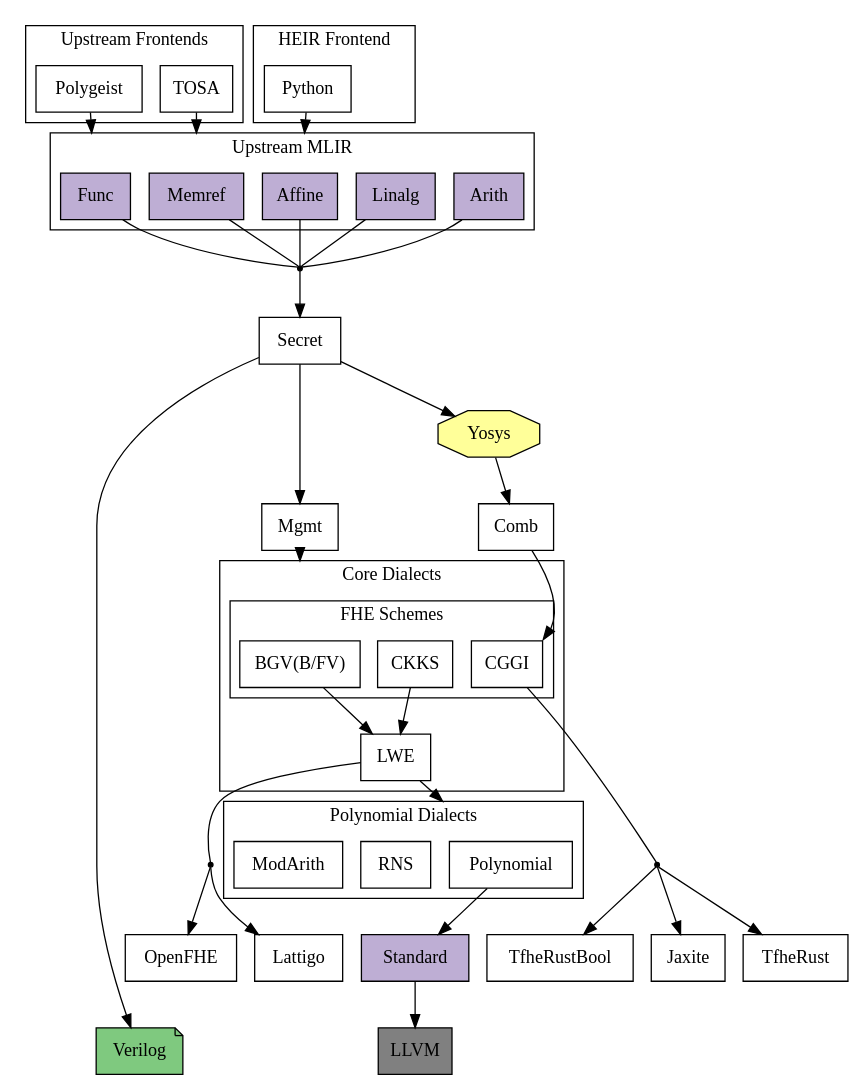
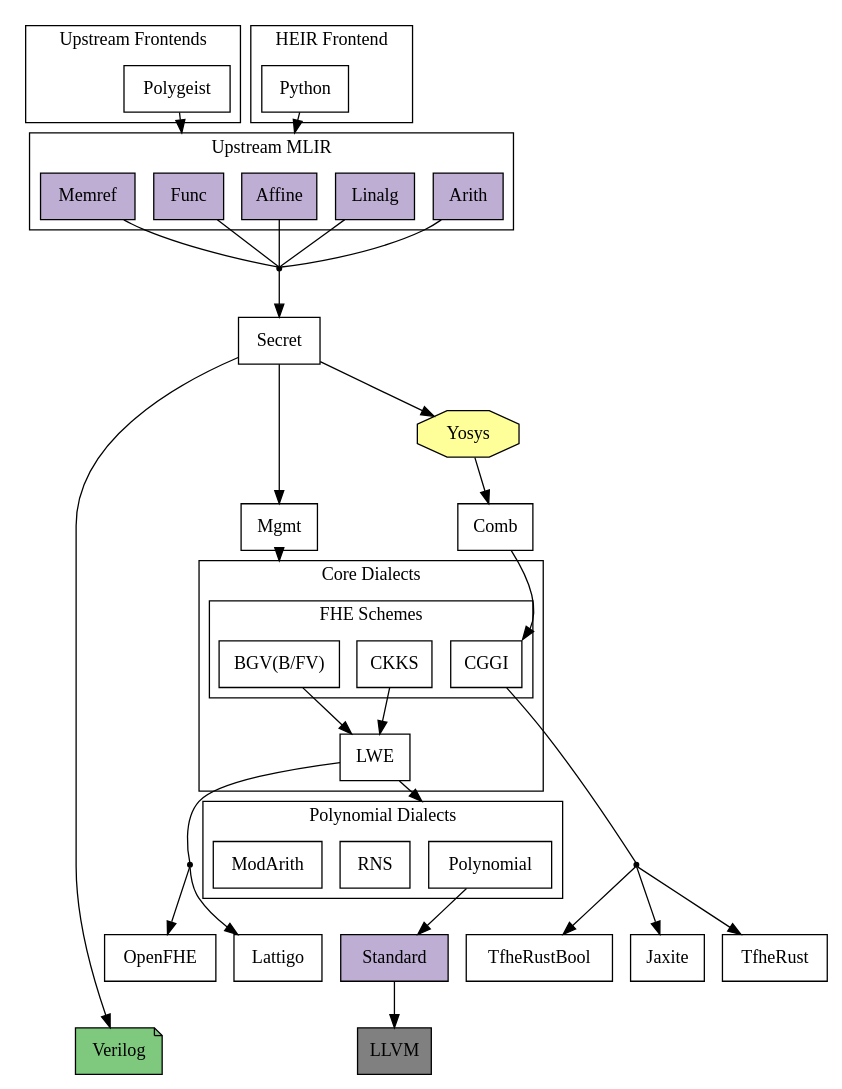
Before and after one commit to google/heir: the diagram in docs/static/dialects.dot, drawn with Graphviz. The commit also changed 29 other files, not shown here.

```diff
--- a/docs/static/dialects.dot
+++ b/docs/static/dialects.dot
@@ -1,114 +1,112 @@
 digraph G {
     // Note: Remember to run `dot -Tsvg dialects.dot > images/dialects.svg` after
     // modifying this file to regenerate the .svg render of the graph.
     rankdir = TB // Top to bottom graph layout
     splines = spline // Curved edges
     node [shape=box, style=filled fillcolor="white"]
     nodesep=0.2 // horizontal compression
     ranksep=0.5 // vertical compression
     compound=true
 
     subgraph cluster_inputs {
         label = "Upstream Frontends"
         Polygeist
-        TOSA
     }
 
     subgraph cluster_heir_inputs {
         label = "HEIR Frontend"
         Python
     }
 
     // MLIR dialects
     subgraph cluster_mlir {
         label = "Upstream MLIR"
         node [fillcolor="#beaed4"]
         Arith
         Linalg
         Affine
         Func
         Memref
     }
 
     lower_from_mlir [shape=point label="" fillcolor=black]
     {Arith Linalg Affine Func Memref} -> lower_from_mlir [arrowhead=none]
 
-    TOSA -> Memref [lhead=cluster_mlir]
     Polygeist -> Func [lhead=cluster_mlir]
     Python -> Affine [lhead=cluster_mlir]
 
     // External tools
     subgraph external_tools {
       node [shape=octagon fillcolor="#ffff99"]
       Yosys
     }
 
     Secret [URL="https://heir.dev/docs/dialects/secret/"]
     Comb [URL="https://heir.dev/docs/dialects/comb/"]
 
     lower_from_mlir -> Secret
     Secret -> Yosys -> Comb
 
     Verilog [ fillcolor="#7fc97f" shape="note"]
     Secret -> Verilog
 
     Mgmt [URL="https://heir.dev/docs/dialects/mgmt/"]
     Secret -> Mgmt
 
     subgraph cluster_fhe {
         label = "Core Dialects"
         LWE [URL="https://heir.dev/docs/dialects/lwe/"]
         subgraph cluster_fhe_schemes {
             label = "FHE Schemes"
             BGV [ label="BGV(B/FV)"  URL="https://heir.dev/docs/dialects/bgv/" ]
             CKKS [URL="https://heir.dev/docs/dialects/ckks/"]
             CGGI [URL="https://heir.dev/docs/dialects/cggi/"]
         }
     }
 
     Mgmt -> BGV [lhead=cluster_fhe]
     Comb -> CGGI:ne // change e to use the right port of the destination node
 
 
 
     subgraph cluster_poly {
         label="Polynomial Dialects"
         Polynomial [URL="https://heir.dev/docs/dialects/polynomial/"]
         RNS [URL="https://heir.dev/docs/dialects/rns/"]
         ModArith [URL="https://heir.dev/docs/dialects/modarith/"]
     }
 
     Lattigo  [URL="https://heir.dev/docs/dialects/lattigo/"]
     OpenFHE  [URL="https://heir.dev/docs/dialects/openfhe/"]
     Standard [fillcolor="#beaed4"]  //Tensor, Linalg, Affine etc.
     Jaxite [URL="https://heir.dev/docs/dialects/jaxite/"]
     TfheRust [URL="https://heir.dev/docs/dialects/tfherust/"]
     TfheRustBool [URL="https://heir.dev/docs/dialects/tfherustbool/"]
 
     LLVM [fillcolor="gray"]
 
     BGV -> LWE
     CKKS -> LWE
     lower_from_lwe [shape=point label="" fillcolor=black]
     LWE -> lower_from_lwe [arrowhead=none]
     lower_from_lwe ->  {OpenFHE Lattigo}
     LWE -> Polynomial [lhead=cluster_poly]
     lower_from_cggi [shape=point label="" fillcolor=black]
     CGGI -> lower_from_cggi [arrowhead=none]
     lower_from_cggi -> {Jaxite TfheRust TfheRustBool}
 
     Polynomial -> Standard
     Standard -> LLVM
 
 
     // Invisible edges for layout adjustments
     edge [style=invis]
     //This is a real edge but invisible now for simplicity
     Arith -> Yosys
     // Keep RNS below FHE Schemes
     LWE -> RNS
     // Keep Poly above Targets
     Polynomial -> {Lattigo OpenFHE TfheRust TfheRustBool Jaxite}
     // Keep Verilog below Targets: LeftmostTarget -> Verilog
     OpenFHE -> Verilog
 }
```
